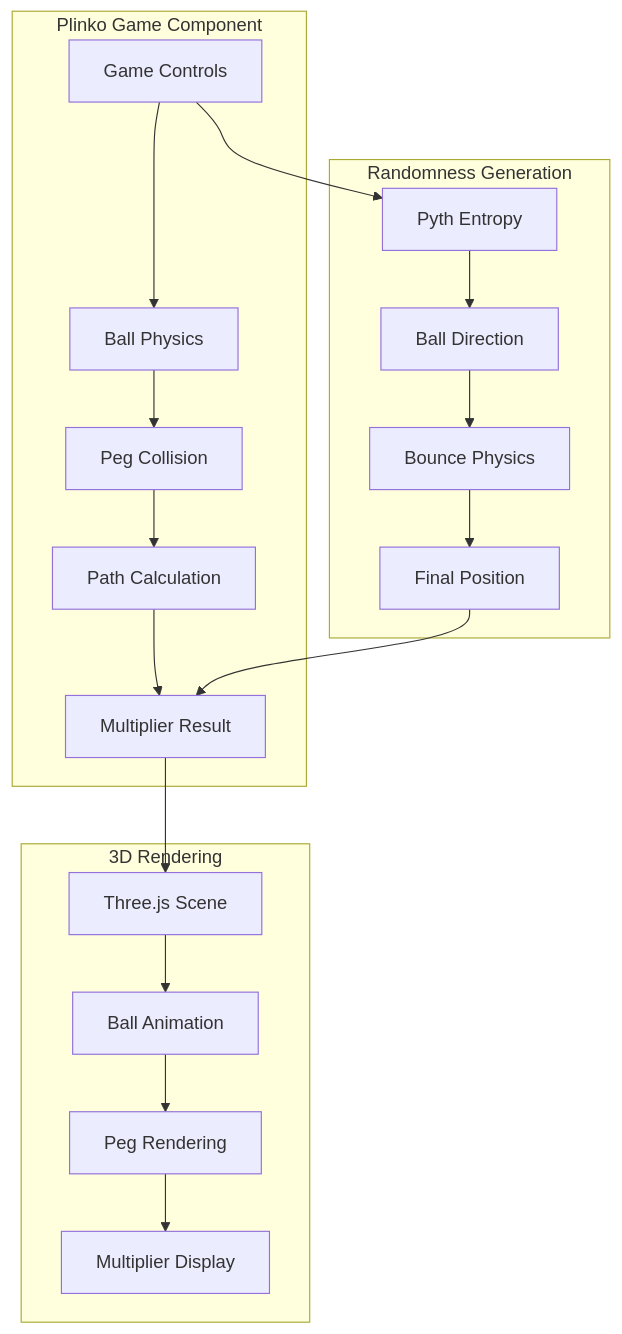
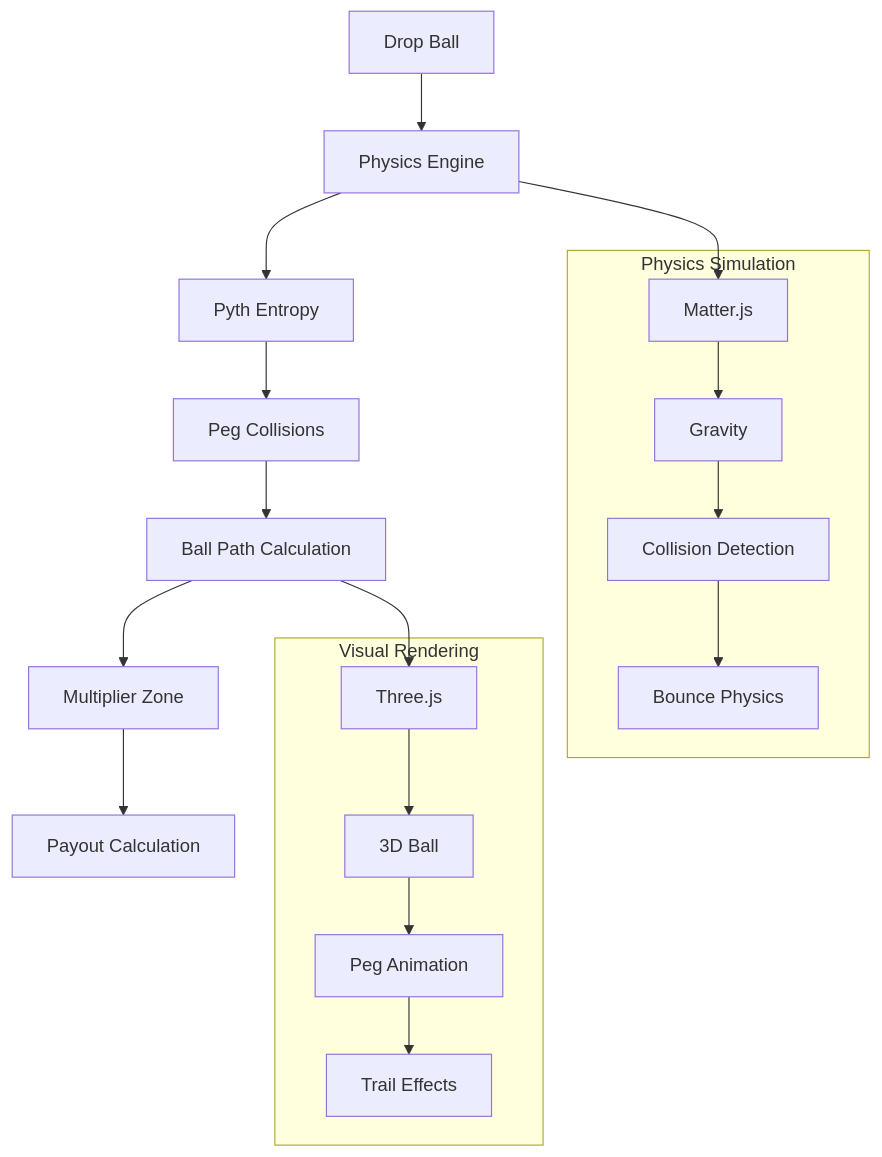
The tenth of 21 diagrams in MERMAID_DIAGRAMS.md (AmaanSayyad/APT-Casino-Linera), drawn with Mermaid before and after one commit. The commit also changed other lines of this file and 48 other files, not shown here.

````diff
--- a/MERMAID_DIAGRAMS.md
+++ b/MERMAID_DIAGRAMS.md
@@ -183,25 +342,24 @@
 ```mermaid
-graph TB
-    subgraph PlinkoGame["Plinko Game Component"]
-        A[Game Controls] --> B[Ball Physics]
-        B --> C[Peg Collision]
-        C --> D[Path Calculation]
-        D --> E[Multiplier Result]
+graph TD
+    A[Drop Ball] --> B[Physics Engine]
+    B --> C[Pyth Entropy]
+    C --> D[Peg Collisions]
+    D --> E[Ball Path Calculation]
+    E --> F[Multiplier Zone]
+    F --> G[Payout Calculation]
+    
+    subgraph Physics["Physics Simulation"]
+        H[Matter.js] --> I[Gravity]
+        I --> J[Collision Detection]
+        J --> K[Bounce Physics]
     end
     
-    subgraph Randomness["Randomness Generation"]
-        F[Pyth Entropy] --> G[Ball Direction]
-        G --> H[Bounce Physics]
-        H --> I[Final Position]
+    subgraph Visual["Visual Rendering"]
+        L[Three.js] --> M[3D Ball]
+        M --> N[Peg Animation]
+        N --> O[Trail Effects]
     end
     
-    subgraph Rendering["3D Rendering"]
-        J[Three.js Scene] --> K[Ball Animation]
-        K --> L[Peg Rendering]
-        L --> M[Multiplier Display]
-    end
-    
-    A --> F
-    E --> J
-    I --> E
+    B --> H
+    E --> L
 ```
````
